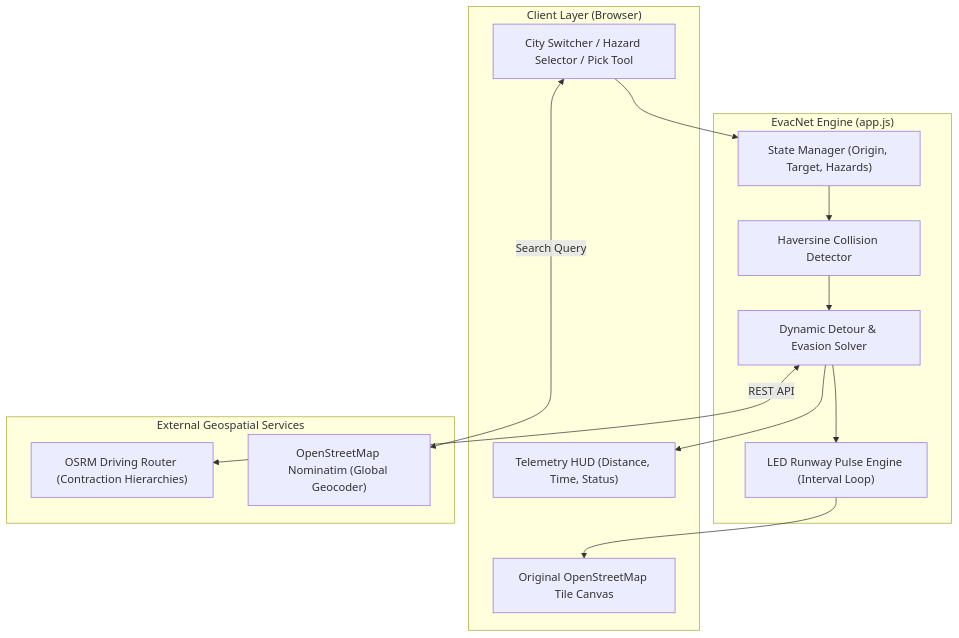
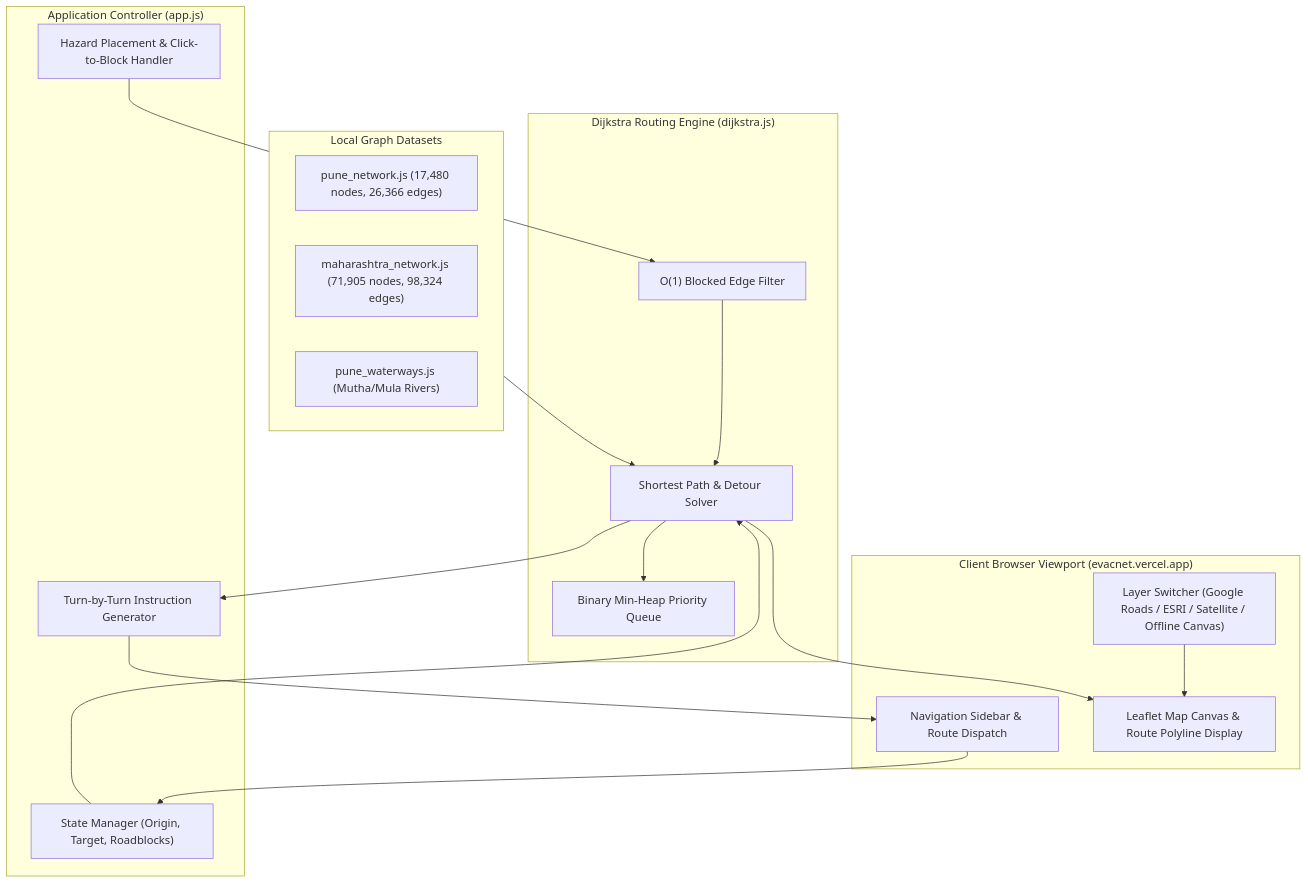
The diagram in PROJECT_REPORT.md (swaritn13/EvacNet), drawn with Mermaid before and after one commit. The commit also changed other lines of this file and 18 other files, not shown here.

First line of the commit message:
Upgrade EvacNet: native Dijkstra routing engine on real OpenStreetMap networks & live deployment

````diff
--- a/PROJECT_REPORT.md
+++ b/PROJECT_REPORT.md
@@ -123,29 +182,37 @@
 ```mermaid
 flowchart TD
-    subgraph UI ["Client Layer (Browser)"]
-        OSM["Original OpenStreetMap Tile Canvas"]
-        HUD["Telemetry HUD (Distance, Time, Status)"]
-        Controls["City Switcher / Hazard Selector / Pick Tool"]
+    subgraph Client ["Client Browser Viewport (evacnet.vercel.app)"]
+        UI["Navigation Sidebar & Route Dispatch"]
+        Layers["Layer Switcher (Google Roads / ESRI / Satellite / Offline Canvas)"]
+        Map["Leaflet Map Canvas & Route Polyline Display"]
     end
 
-    subgraph Core ["EvacNet Engine (app.js)"]
-        State["State Manager (Origin, Target, Hazards)"]
-        Collision["Haversine Collision Detector"]
-        Detour["Dynamic Detour & Evasion Solver"]
-        LED["LED Runway Pulse Engine (Interval Loop)"]
+    subgraph Controller ["Application Controller (app.js)"]
+        State["State Manager (Origin, Target, Roadblocks)"]
+        EventLoop["Hazard Placement & Click-to-Block Handler"]
+        TurnByTurn["Turn-by-Turn Instruction Generator"]
     end
 
-    subgraph Remote ["External Geospatial Services"]
-        OSRM["OSRM Driving Router (Contraction Hierarchies)"]
-        Nominatim["OpenStreetMap Nominatim (Global Geocoder)"]
+    subgraph Engine ["Dijkstra Routing Engine (dijkstra.js)"]
+        Heap["Binary Min-Heap Priority Queue"]
+        Solver["Shortest Path & Detour Solver"]
+        EdgeFilter["O(1) Blocked Edge Filter"]
     end
 
-    Controls --> State
-    State --> Collision
-    Collision --> Detour
-    Detour <-->|REST API| OSRM
-    Controls <-->|Search Query| Nominatim
-    Detour --> LED
-    LED --> OSM
-    Detour --> HUD
+    subgraph Data ["Local Graph Datasets"]
+        Pune["pune_network.js (17,480 nodes, 26,366 edges)"]
+        MH["maharashtra_network.js (71,905 nodes, 98,324 edges)"]
+        Rivers["pune_waterways.js (Mutha/Mula Rivers)"]
+    end
+
+    UI --> State
+    Layers --> Map
+    EventLoop --> EdgeFilter
+    State --> Solver
+    Data --> Solver
+    Solver --> Heap
+    EdgeFilter --> Solver
+    Solver --> TurnByTurn
+    TurnByTurn --> UI
+    Solver --> Map
 ```
````
